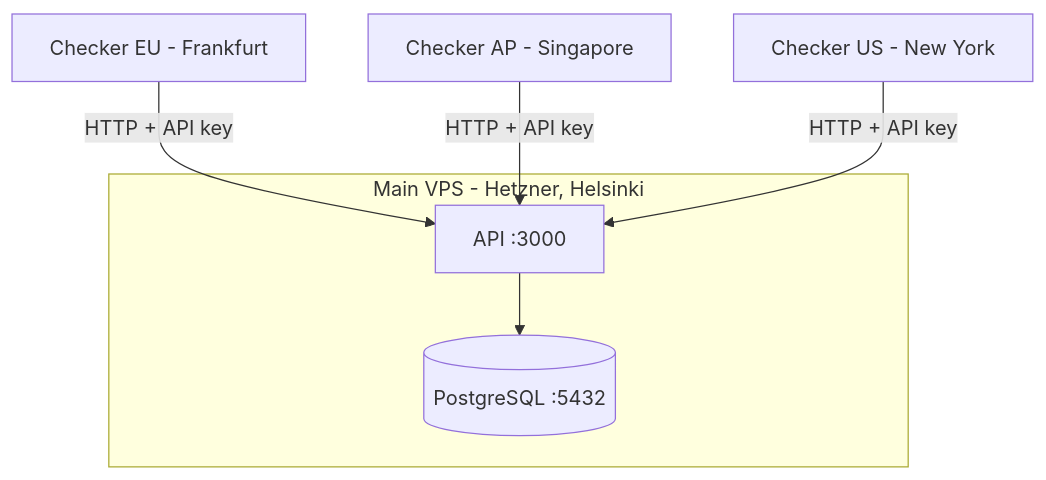
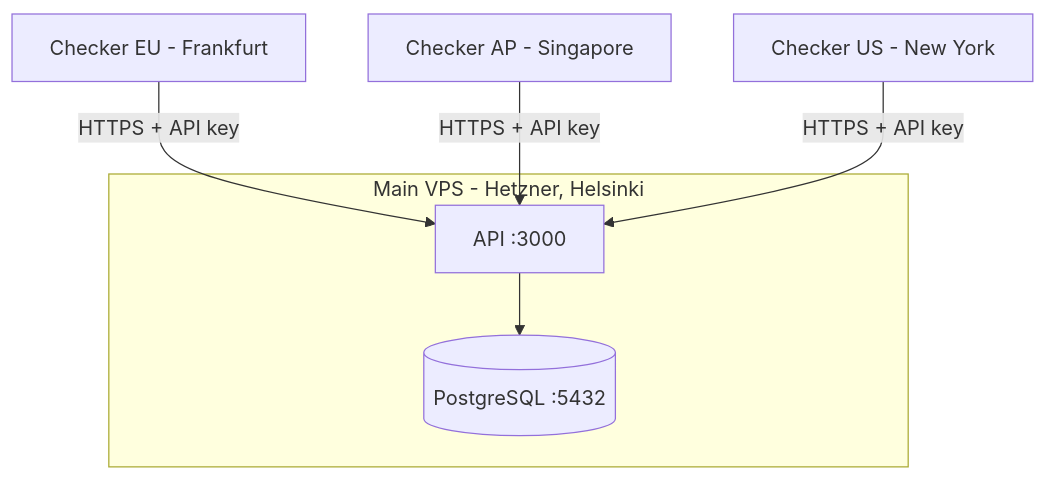
The diagram in README.md (Tanhab/argus), drawn with Mermaid before and after one commit. The commit also changed other lines of this file and 4 other files, not shown here.

````diff
--- a/README.md
+++ b/README.md
@@ -22,12 +29,12 @@
 ```mermaid
 graph TD
     subgraph vps[Main VPS - Hetzner, Helsinki]
         API[API :3000]
         DB[(PostgreSQL :5432)]
         API --> DB
     end
 
-    EU[Checker EU - Frankfurt] -->|HTTP + API key| API
-    AP[Checker AP - Singapore] -->|HTTP + API key| API
-    US[Checker US - New York] -->|HTTP + API key| API
+    EU[Checker EU - Frankfurt] -->|HTTPS + API key| API
+    AP[Checker AP - Singapore] -->|HTTPS + API key| API
+    US[Checker US - New York] -->|HTTPS + API key| API
 ```
````
